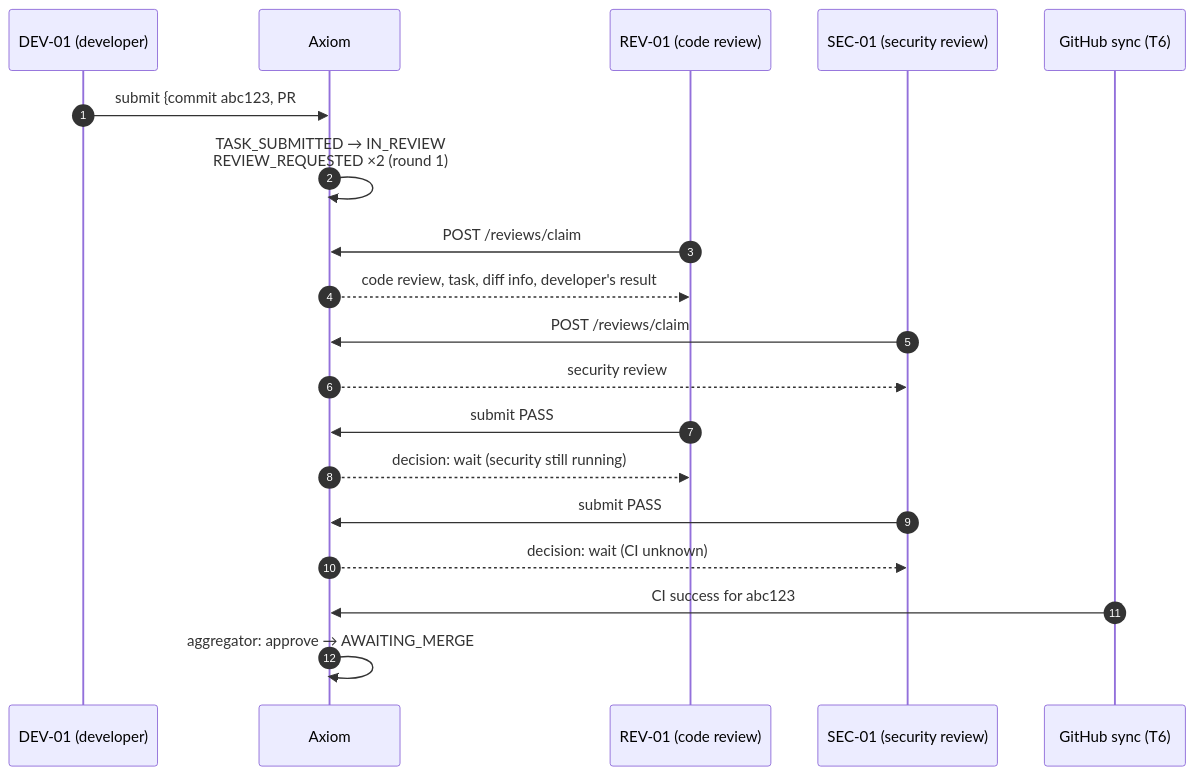
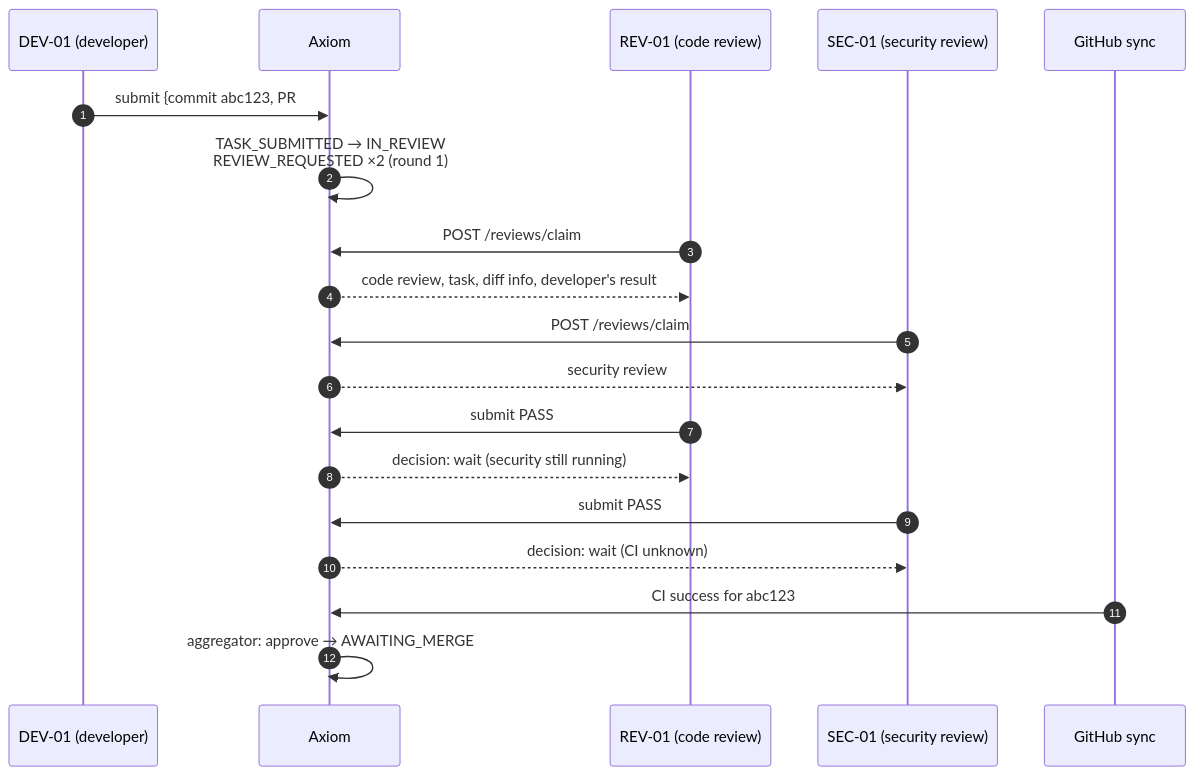
One commit to bharathcmbox/axiom changed the fifth of 19 diagrams in docs/guide/12-reviews-and-ci.md. Above: the diagram before and after it, drawn with Mermaid. The commit also changed other lines of this file and 18 other files, not shown here.

````diff
--- a/docs/guide/12-reviews-and-ci.md
+++ b/docs/guide/12-reviews-and-ci.md
@@ -133,21 +132,21 @@
 ```mermaid
 sequenceDiagram
     autonumber
     participant D as DEV-01 (developer)
     participant A as Axiom
     participant R as REV-01 (code review)
     participant S as SEC-01 (security review)
-    participant G as GitHub sync (T6)
+    participant G as GitHub sync
     D->>A: submit {commit abc123, PR #7}
     A->>A: TASK_SUBMITTED → IN_REVIEW<br/>REVIEW_REQUESTED ×2 (round 1)
     R->>A: POST /reviews/claim
     A-->>R: code review, task, diff info, developer's result
     S->>A: POST /reviews/claim
     A-->>S: security review
     R->>A: submit PASS
     A-->>R: decision: wait (security still running)
     S->>A: submit PASS
     A-->>S: decision: wait (CI unknown)
     G->>A: CI success for abc123
     A->>A: aggregator: approve → AWAITING_MERGE
 ```
````
